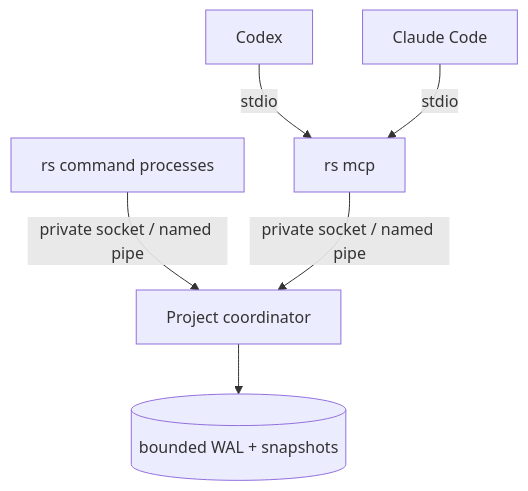
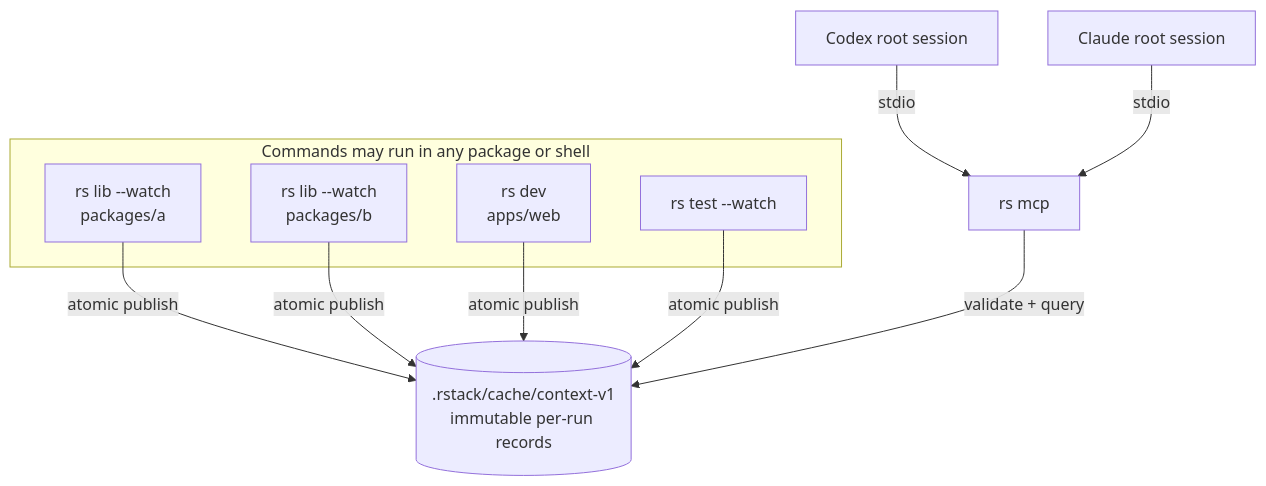
The seventh of 10 diagrams in docs/rfcs/0001-rstack-context-engine.md (rstackjs/rstack-cli), drawn with Mermaid before and after one commit. The commit also changed other lines of this file and 8 other files, not shown here.

Commit message:
feat(rstack): scaffold context evidence store

````diff
--- a/docs/rfcs/0001-rstack-context-engine.md
+++ b/docs/rfcs/0001-rstack-context-engine.md
@@ -648,8 +650,18 @@
 ```mermaid
 flowchart TB
-  Commands["rs command processes"] -->|"private socket / named pipe"| Daemon["Project coordinator"]
-  Daemon --> WAL[("bounded WAL + snapshots")]
-  Codex["Codex"] -->|stdio| Broker["rs mcp"]
-  Claude["Claude Code"] -->|stdio| Broker
-  Broker -->|"private socket / named pipe"| Daemon
+  subgraph Shells["Commands may run in any package or shell"]
+    LibA["rs lib --watch<br/>packages/a"]
+    LibB["rs lib --watch<br/>packages/b"]
+    App["rs dev<br/>apps/web"]
+    Tests["rs test --watch"]
+  end
+
+  Store[(".rstack/cache/context-v1<br/>immutable per-run records")]
+  Codex["Codex root session"] -->|stdio| Broker["rs mcp"]
+  Claude["Claude root session"] -->|stdio| Broker
+  LibA -->|"atomic publish"| Store
+  LibB -->|"atomic publish"| Store
+  App -->|"atomic publish"| Store
+  Tests -->|"atomic publish"| Store
+  Broker -->|"validate + query"| Store
 ```
````
